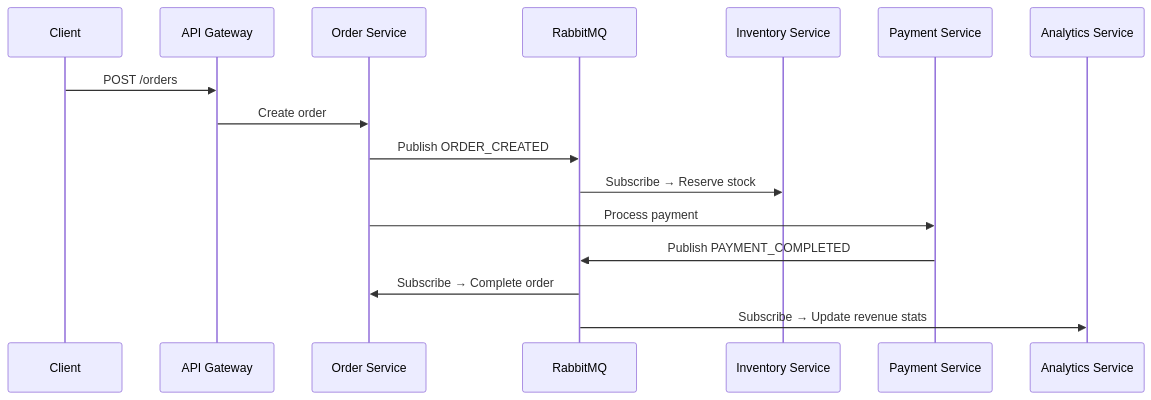
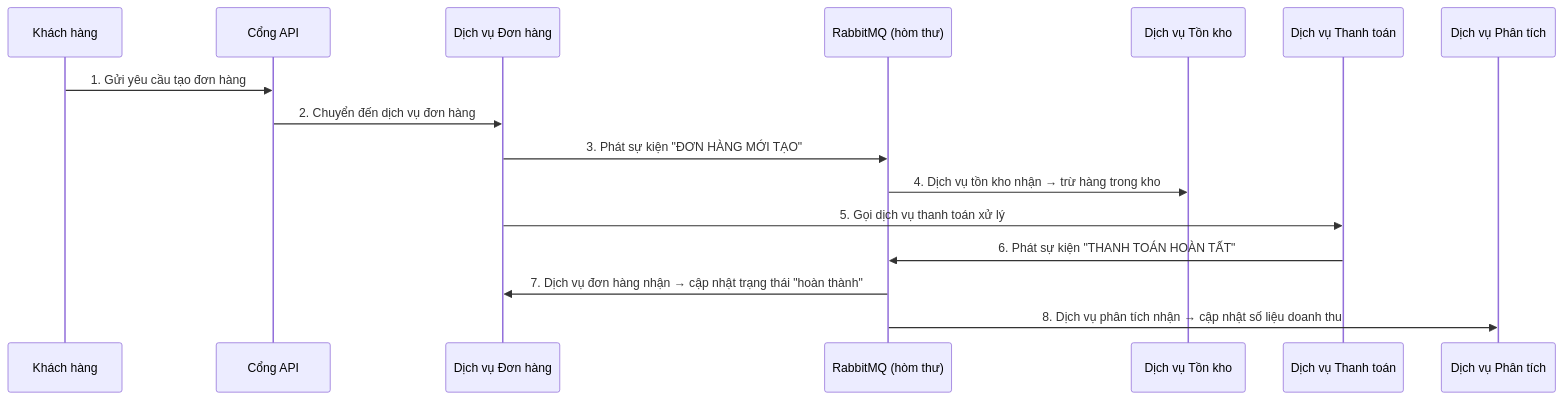
One commit to ngphong01/SOA-Coffee changed the second of 2 diagrams in README.md. Above: the diagram before and after it, drawn with Mermaid. The commit also changed other lines of this file, not shown here.

````diff
--- a/README.md
+++ b/README.md
@@ -127,19 +181,19 @@
 ```mermaid
 sequenceDiagram
-    participant Client
-    participant GW as API Gateway
-    participant Order as Order Service
-    participant RMQ as RabbitMQ
-    participant Inv as Inventory Service
-    participant Pay as Payment Service
-    participant Ana as Analytics Service
+    participant Khach as Khách hàng
+    participant GW as Cổng API
+    participant Order as Dịch vụ Đơn hàng
+    participant RMQ as RabbitMQ (hòm thư)
+    participant Inv as Dịch vụ Tồn kho
+    participant Pay as Dịch vụ Thanh toán
+    participant Ana as Dịch vụ Phân tích
 
-    Client->>GW: POST /orders
-    GW->>Order: Create order
-    Order->>RMQ: Publish ORDER_CREATED
-    RMQ->>Inv: Subscribe → Reserve stock
-    Order->>Pay: Process payment
-    Pay->>RMQ: Publish PAYMENT_COMPLETED
-    RMQ->>Order: Subscribe → Complete order
-    RMQ->>Ana: Subscribe → Update revenue stats
+    Khach->>GW: 1. Gửi yêu cầu tạo đơn hàng
+    GW->>Order: 2. Chuyển đến dịch vụ đơn hàng
+    Order->>RMQ: 3. Phát sự kiện "ĐƠN HÀNG MỚI TẠO"
+    RMQ->>Inv: 4. Dịch vụ tồn kho nhận → trừ hàng trong kho
+    Order->>Pay: 5. Gọi dịch vụ thanh toán xử lý
+    Pay->>RMQ: 6. Phát sự kiện "THANH TOÁN HOÀN TẤT"
+    RMQ->>Order: 7. Dịch vụ đơn hàng nhận → cập nhật trạng thái "hoàn thành"
+    RMQ->>Ana: 8. Dịch vụ phân tích nhận → cập nhật số liệu doanh thu
 ```
````
